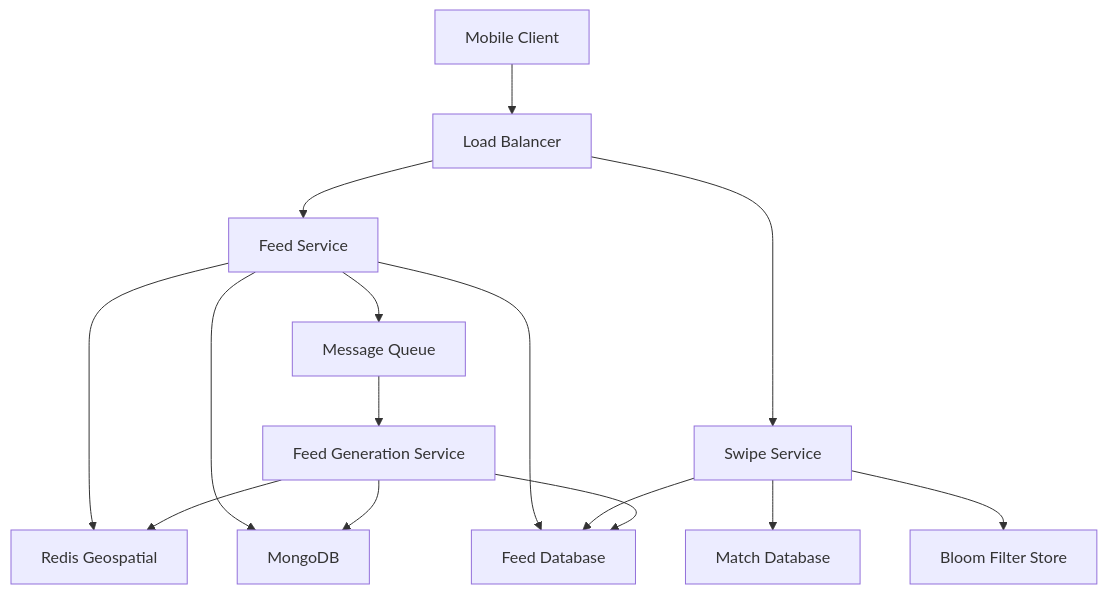
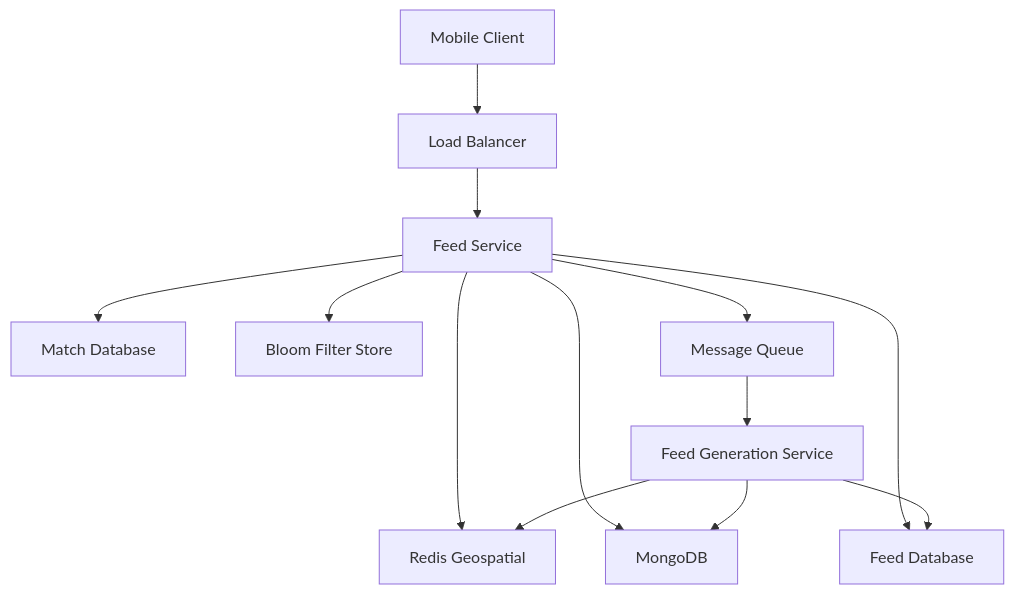
One commit to leonlnj/engineering-gym changed the first of 2 diagrams in exercise/15-design-tinder-feed.md. Above: the diagram before and after it, drawn with Mermaid. The commit also changed other lines of this file, not shown here.

Commit message:
update diagram

````diff
--- a/exercise/15-design-tinder-feed.md
+++ b/exercise/15-design-tinder-feed.md
@@ -63,20 +63,17 @@
 ```mermaid
 graph TD
     Client[Mobile Client] --> LB[Load Balancer]
     LB --> FeedAPI[Feed Service]
-    LB --> SwipeAPI[Swipe Service]
     
     FeedAPI --> GeoStore[Redis Geospatial]
     FeedAPI --> InterestDB[MongoDB]
     FeedAPI --> FeedDB[Feed Database]
-    
-    SwipeAPI --> FeedDB
-    SwipeAPI --> MatchDB[Match Database]
-    SwipeAPI --> Bloom[Bloom Filter Store]
+    FeedAPI --> MatchDB[Match Database]
+    FeedAPI --> Bloom[Bloom Filter Store]
     
     FeedAPI --> MQ[Message Queue]
     MQ --> GenSvc[Feed Generation Service]
     GenSvc --> FeedDB
     GenSvc --> GeoStore
     GenSvc --> InterestDB
 ```
````
